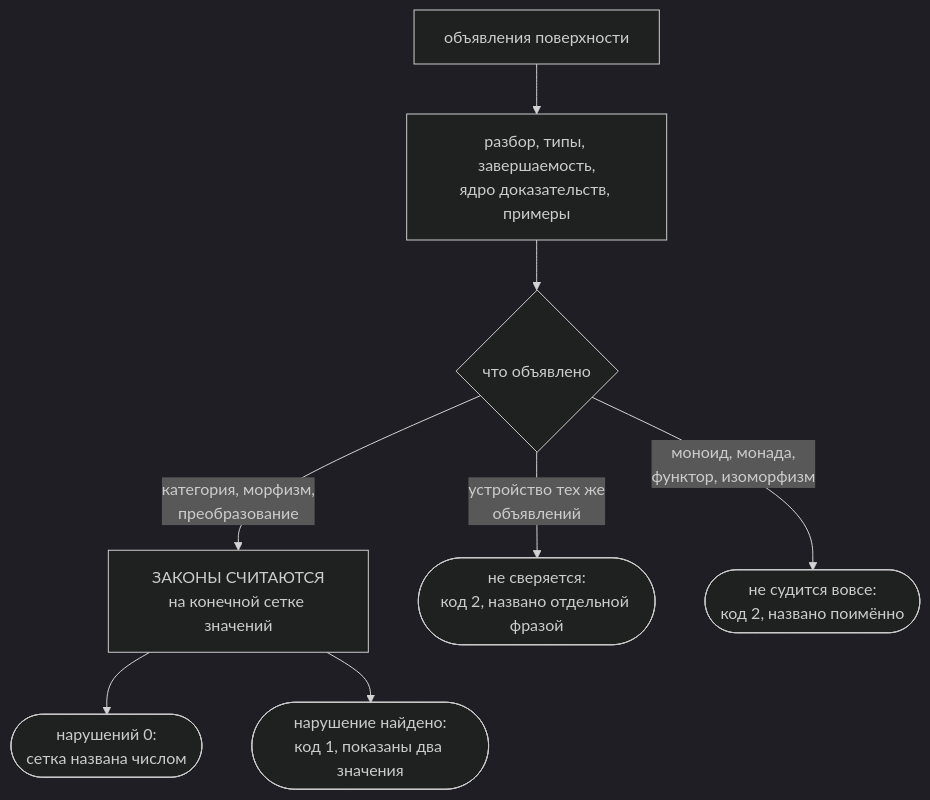
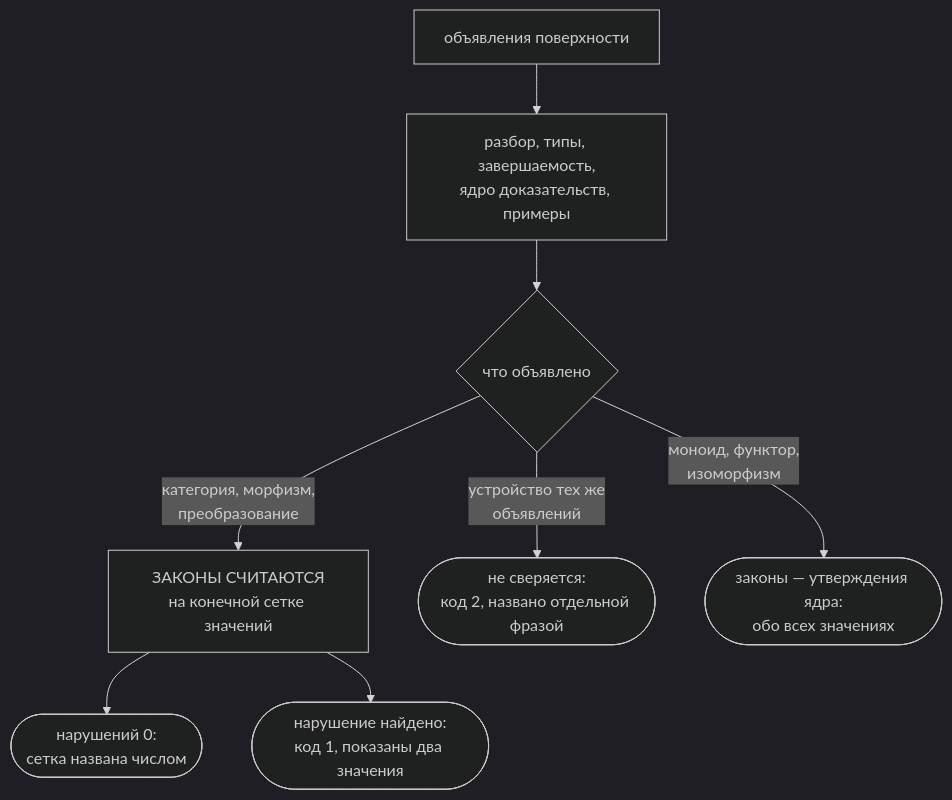
The diagram in docs/site/categories.ru.md (digitable-lol/flang), drawn with Mermaid (dark theme) before and after one commit. The commit also changed other lines of this file and 3 other files, not shown here.

````diff
--- a/docs/site/categories.ru.md
+++ b/docs/site/categories.ru.md
@@ -94,14 +94,14 @@
 ```mermaid Три ответа компилятора на категорную поверхность
 flowchart TD
   A[объявления поверхности] --> B[разбор, типы, завершаемость,<br>ядро доказательств, примеры]
   B --> C{что объявлено}
   C -->|категория, морфизм,<br>преобразование| D[ЗАКОНЫ СЧИТАЮТСЯ<br>на конечной сетке значений]
   D --> E([нарушений 0:<br>сетка названа числом])
   D --> F([нарушение найдено:<br>код 1, показаны два значения])
   C -->|устройство тех же<br>объявлений| G([не сверяется:<br>код 2, названо отдельной фразой])
-  C -->|моноид, монада,<br>функтор, изоморфизм| H([не судится вовсе:<br>код 2, названо поимённо])
+  C -->|моноид, функтор,<br>изоморфизм| H([законы — утверждения ядра:<br>обо всех значениях])
   class E vyvod
   class F glavnoe
   class G otkaz
-  class H otkaz
+  class H vyvod
 ```
````
